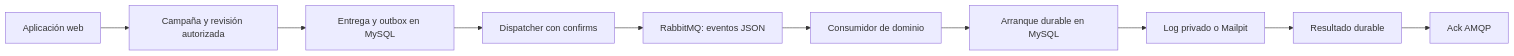
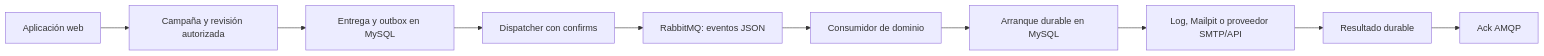
One commit to daycry/emailing changed the diagram in docs/aplicacion/entrega-y-recuperacion.md. Above: the diagram before and after it, drawn with Mermaid. The commit also changed other lines of this file and 43 other files, not shown here.

Commit message:
docs: deliver complete user manual with fresh installation and Mermaid PDF

````diff
--- a/docs/aplicacion/entrega-y-recuperacion.md
+++ b/docs/aplicacion/entrega-y-recuperacion.md
@@ -34,12 +41,12 @@
 ```mermaid
 flowchart LR
     W[Aplicación web] --> M[Campaña y revisión autorizada]
     M --> T[Entrega y outbox en MySQL]
     T --> D[Dispatcher con confirms]
     D --> R[RabbitMQ: eventos JSON]
     R --> C[Consumidor de dominio]
     C --> S[Arranque durable en MySQL]
-    S --> E[Log privado o Mailpit]
+    S --> E[Log, Mailpit o proveedor SMTP/API]
     E --> O[Resultado durable]
     O --> A[Ack AMQP]
 ```
````
